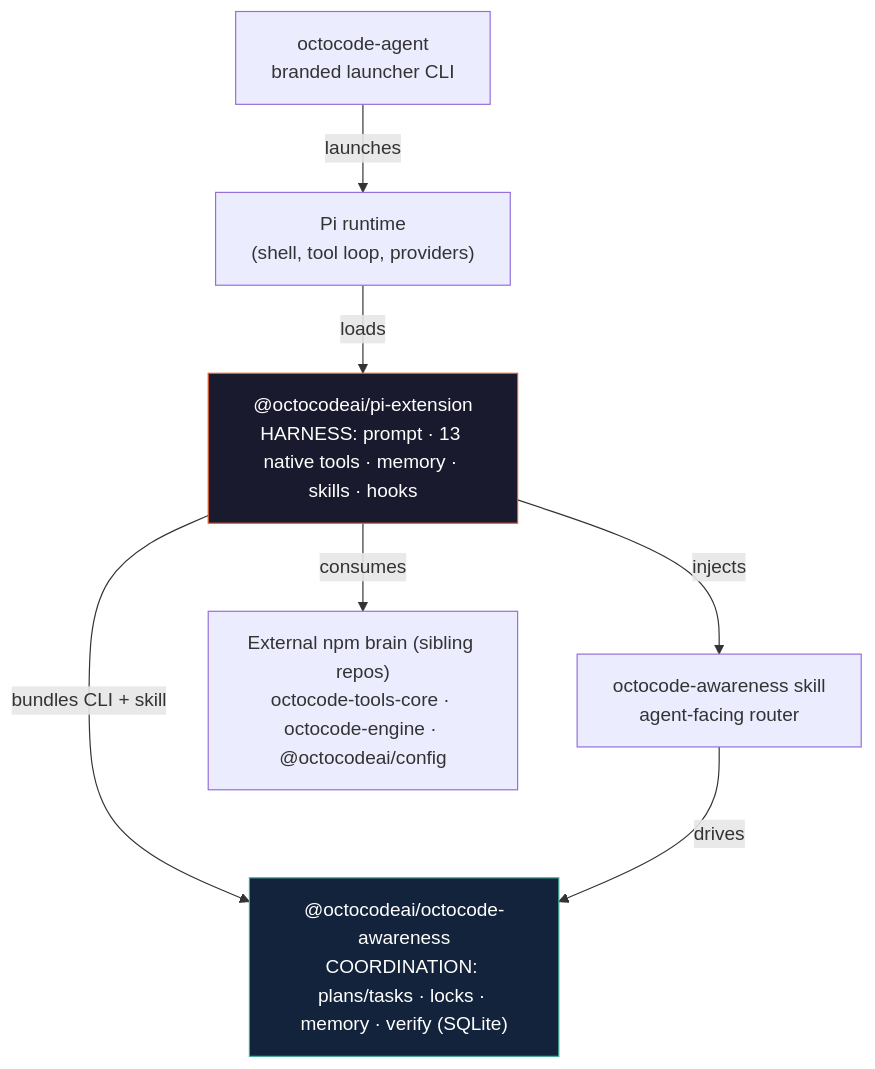
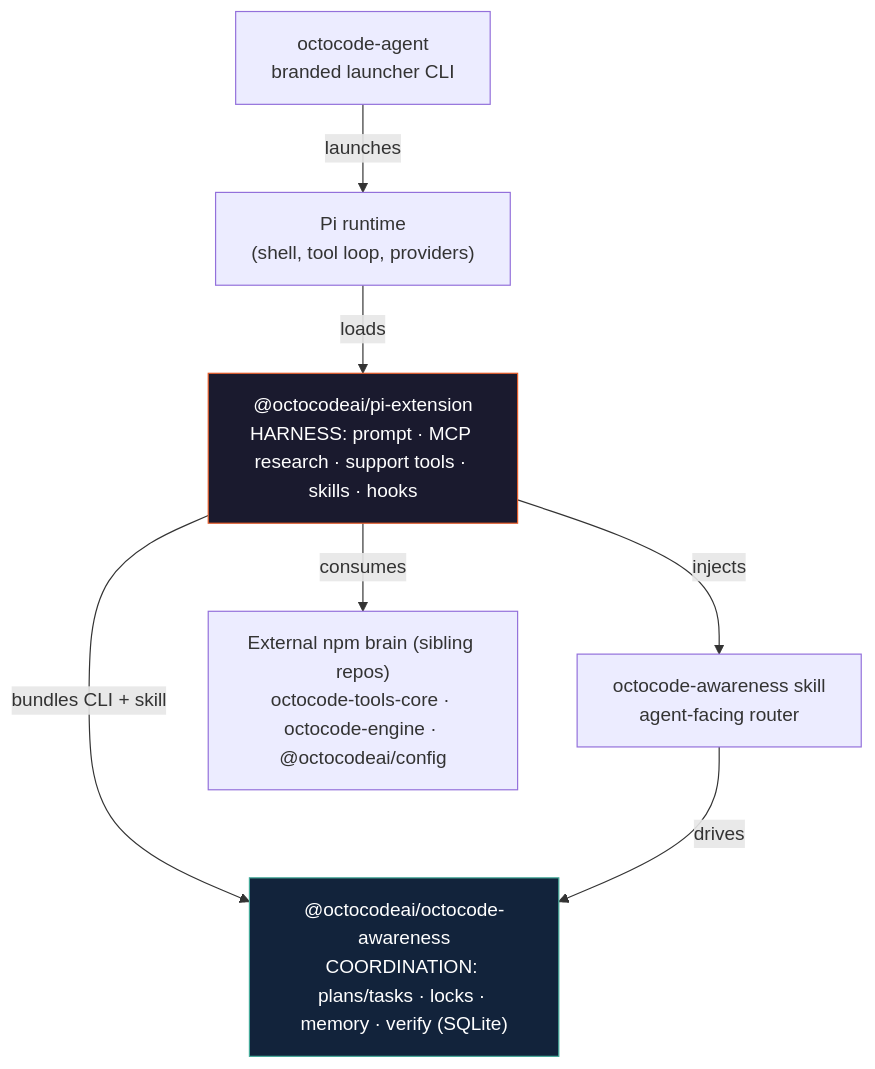
One commit to bgauryy/octocode-agent changed the diagram in README.md. Above: the diagram before and after it, drawn with Mermaid. The commit also changed other lines of this file and 125 other files, not shown here.

````diff
--- a/README.md
+++ b/README.md
@@ -159,19 +214,19 @@
 ```mermaid
 graph TD
     AGENT["octocode-agent<br/>branded launcher CLI"]
     PI["Pi runtime<br/>(shell, tool loop, providers)"]
-    EXT["@octocodeai/pi-extension<br/>HARNESS: prompt · 13 native tools · memory · skills · hooks"]
+    EXT["@octocodeai/pi-extension<br/>HARNESS: prompt · MCP research · support tools · skills · hooks"]
     AW["@octocodeai/octocode-awareness<br/>COORDINATION: plans/tasks · locks · memory · verify (SQLite)"]
     SKILL["octocode-awareness skill<br/>agent-facing router"]
     BRAIN["External npm brain (sibling repos)<br/>octocode-tools-core · octocode-engine · @octocodeai/config"]
 
     AGENT -- launches --> PI
     PI -- loads --> EXT
     EXT -- bundles CLI + skill --> AW
     EXT -- injects --> SKILL
     SKILL -- drives --> AW
     EXT -- consumes --> BRAIN
 
     style EXT fill:#1a1a2e,stroke:#e75d2a,color:#fff
     style AW fill:#12233b,stroke:#4a9,color:#fff
 ```
````
